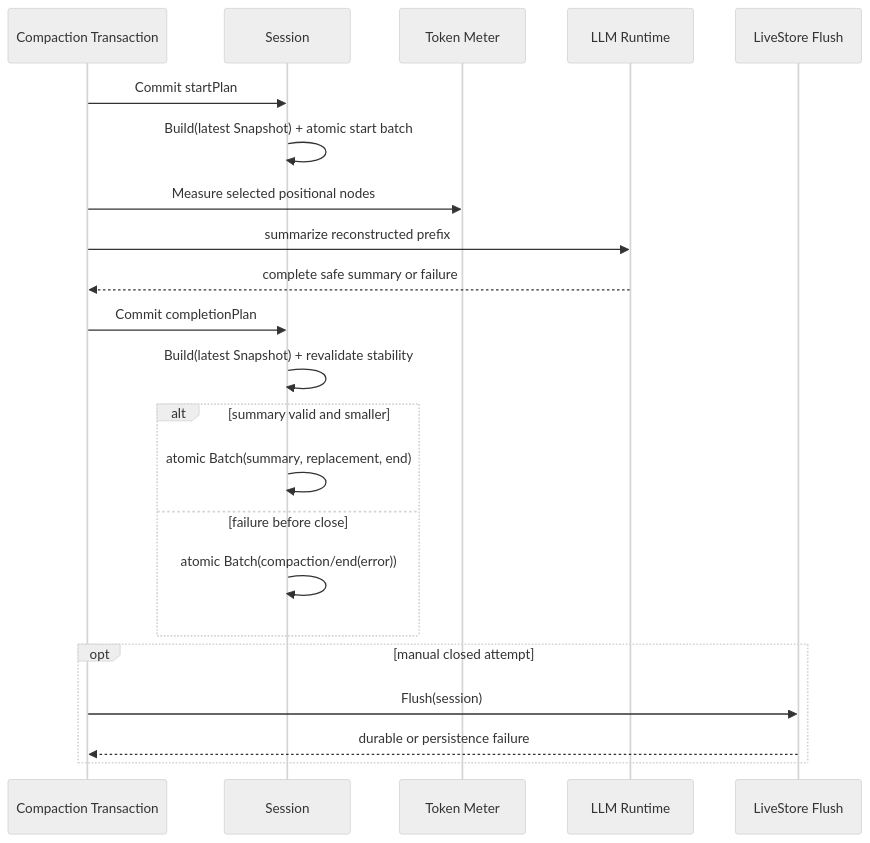
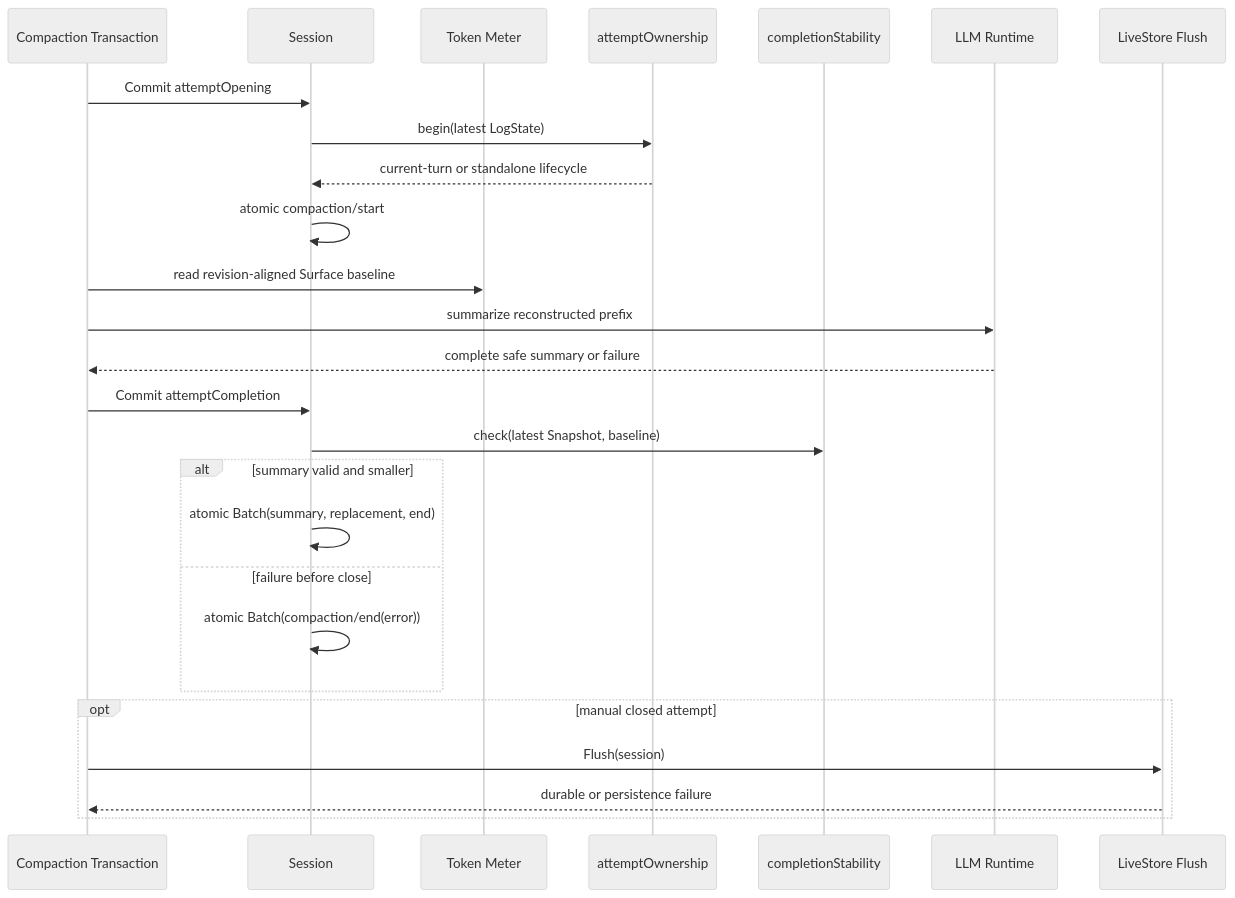
One commit to gorenx/goren changed the fourth of 6 diagrams in zh-CN/24-context-compaction.md. Above: the diagram before and after it, drawn with Mermaid (neutral theme). The commit also changed other lines of this file and 3 other files, not shown here.

Commit message:
docs: clarify compaction runtime ownership

````diff
--- a/zh-CN/24-context-compaction.md
+++ b/zh-CN/24-context-compaction.md
@@ -365,25 +368,29 @@
 ```mermaid
 sequenceDiagram
     participant C as Compaction Transaction
     participant S as Session
     participant M as Token Meter
+    participant O as attemptOwnership
+    participant V as completionStability
     participant R as LLM Runtime
     participant F as LiveStore Flush
 
-    C->>S: Commit startPlan
-    S->>S: Build(latest Snapshot) + atomic start batch
-    C->>M: Measure selected positional nodes
+    C->>S: Commit attemptOpening
+    S->>O: begin(latest LogState)
+    O-->>S: current-turn or standalone lifecycle
+    S->>S: atomic compaction/start
+    C->>M: read revision-aligned Surface baseline
     C->>R: summarize reconstructed prefix
     R-->>C: complete safe summary or failure
-    C->>S: Commit completionPlan
-    S->>S: Build(latest Snapshot) + revalidate stability
+    C->>S: Commit attemptCompletion
+    S->>V: check(latest Snapshot, baseline)
     alt summary valid and smaller
         S->>S: atomic Batch(summary, replacement, end)
     else failure before close
         S->>S: atomic Batch(compaction/end(error))
     end
     opt manual closed attempt
         C->>F: Flush(session)
         F-->>C: durable or persistence failure
     end
 ```
````
